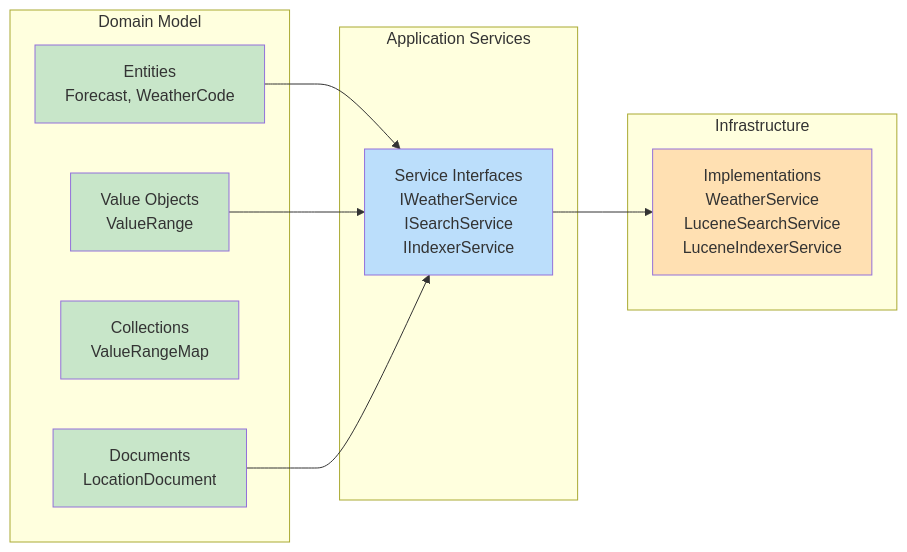
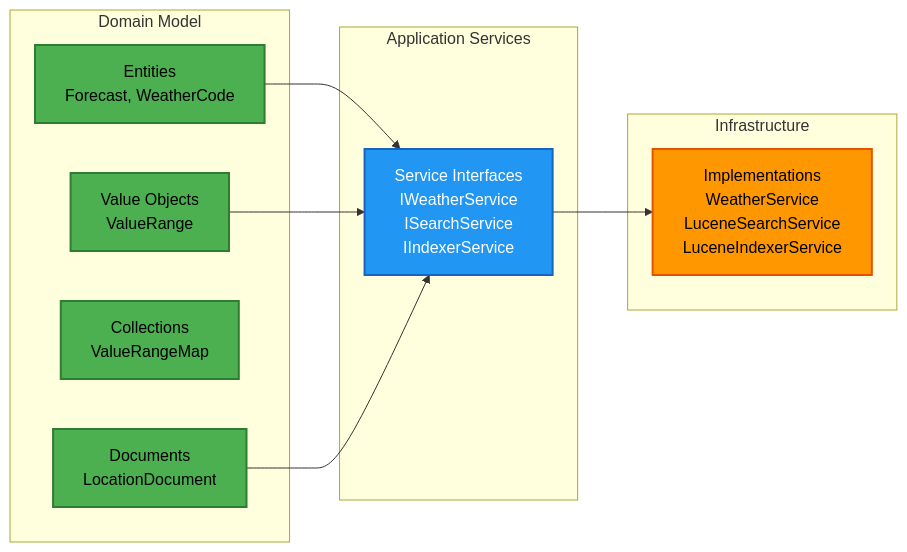
Before and after one commit to abrault-livefront/WeatherDashboard: the second of 3 diagrams in README.md, drawn with Mermaid. The commit also changed other lines of this file, not shown here.

````diff
--- a/README.md
+++ b/README.md
@@ -245,29 +245,29 @@
 ```mermaid
 graph LR
     subgraph "Domain Model"
         Entity[Entities<br/>Forecast, WeatherCode]
         VO[Value Objects<br/>ValueRange]
         Coll[Collections<br/>ValueRangeMap]
         Doc[Documents<br/>LocationDocument]
     end
 
     subgraph "Application Services"
         Svc[Service Interfaces<br/>IWeatherService<br/>ISearchService<br/>IIndexerService]
     end
 
     subgraph "Infrastructure"
         Impl[Implementations<br/>WeatherService<br/>LuceneSearchService<br/>LuceneIndexerService]
     end
 
     Entity --> Svc
     VO --> Svc
     Doc --> Svc
     Svc --> Impl
 
-    style Entity fill:#c8e6c9
-    style VO fill:#c8e6c9
-    style Coll fill:#c8e6c9
-    style Doc fill:#c8e6c9
-    style Svc fill:#bbdefb
-    style Impl fill:#ffe0b2
+    style Entity fill:#4caf50,stroke:#2e7d32,stroke-width:2px,color:#000
+    style VO fill:#4caf50,stroke:#2e7d32,stroke-width:2px,color:#000
+    style Coll fill:#4caf50,stroke:#2e7d32,stroke-width:2px,color:#000
+    style Doc fill:#4caf50,stroke:#2e7d32,stroke-width:2px,color:#000
+    style Svc fill:#2196f3,stroke:#1565c0,stroke-width:2px,color:#fff
+    style Impl fill:#ff9800,stroke:#e65100,stroke-width:2px,color:#000
 ```
````
